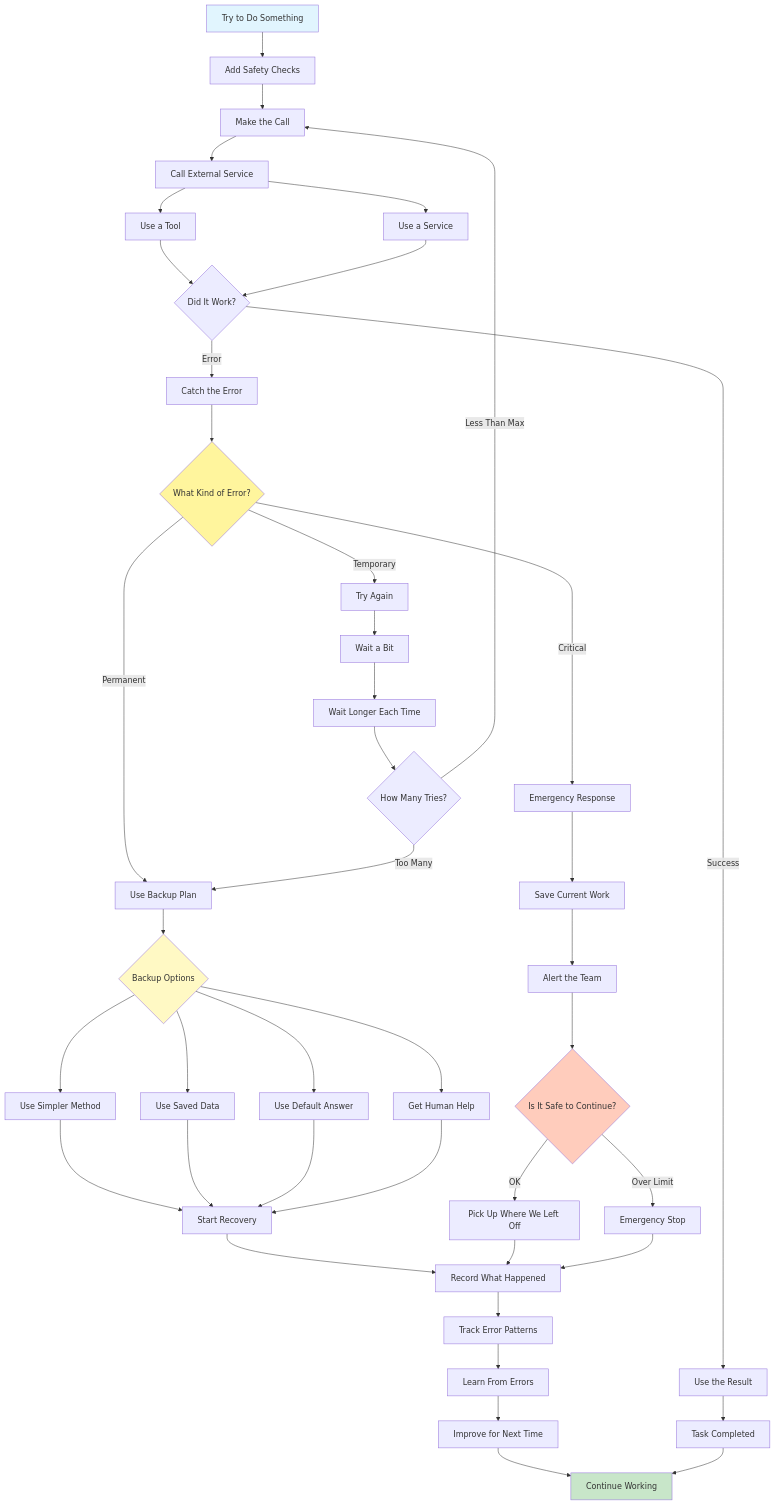
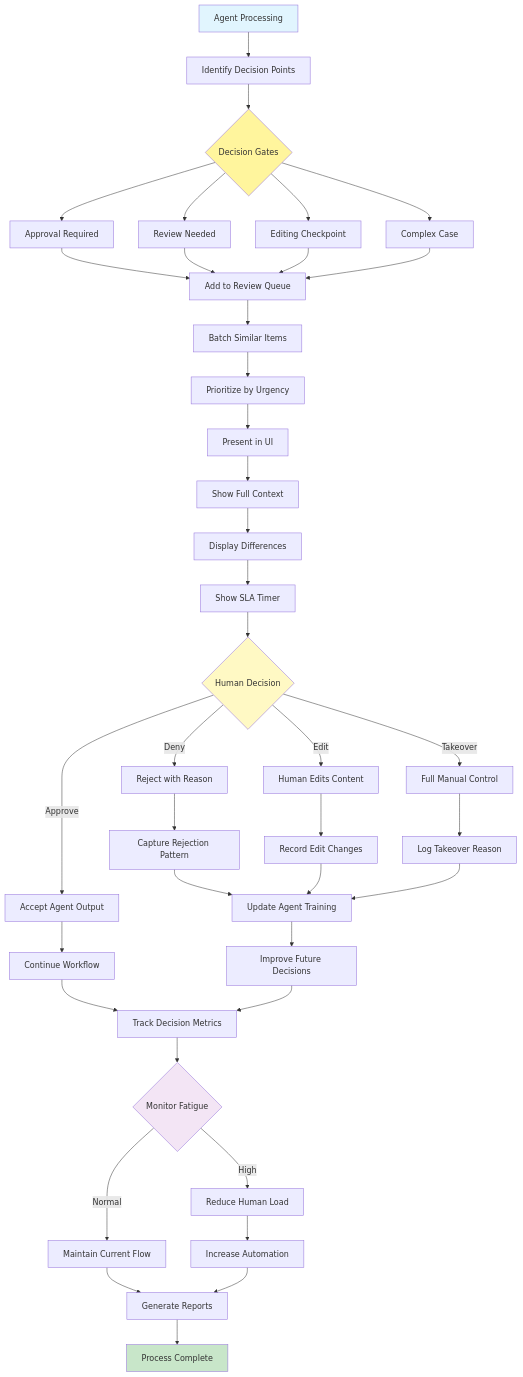
Before and after one commit to Adrian-patrick/agentic-ai-design-patterns: the diagram in diagram.mmd, drawn with Mermaid. The commit also changed 11 other files, not shown here.

```diff
--- a/diagram.mmd
+++ b/diagram.mmd
@@ -1,64 +1,60 @@
 graph TD
-    Start[Try to Do Something] --> Wrap[Add Safety Checks]
+    Start[Agent Processing] --> Identify[Identify Decision Points]
     
-    Wrap --> Call[Make the Call]
-    Call --> External[Call External Service]
-    External --> Tool[Use a Tool]
-    External --> Service[Use a Service]
+    Identify --> Gates{Decision Gates}
     
-    Tool --> Result{Did It Work?}
-    Service --> Result
+    Gates --> Approve[Approval Required]
+    Gates --> Review[Review Needed]
+    Gates --> Edit[Editing Checkpoint]
+    Gates --> Complex[Complex Case]
     
-    Result -->|Success| Process[Use the Result]
-    Result -->|Error| Catch[Catch the Error]
+    Approve --> Queue[Add to Review Queue]
+    Review --> Queue
+    Edit --> Queue
+    Complex --> Queue
     
-    Catch --> WhatKind{What Kind of Error?}
+    Queue --> Batch[Batch Similar Items]
+    Batch --> Priority[Prioritize by Urgency]
     
-    WhatKind -->|Temporary| Retry[Try Again]
-    WhatKind -->|Permanent| Backup[Use Backup Plan]
-    WhatKind -->|Critical| Emergency[Emergency Response]
+    Priority --> UI[Present in UI]
+    UI --> Context[Show Full Context]
+    Context --> Diff[Display Differences]
+    Diff --> SLA[Show SLA Timer]
     
-    Retry --> Wait[Wait a Bit]
-    Wait --> AddTime[Wait Longer Each Time]
-    AddTime --> Count{How Many Tries?}
+    SLA --> Human{Human Decision}
     
-    Count -->|Less Than Max| Call
-    Count -->|Too Many| Backup
+    Human -->|Approve| Accept[Accept Agent Output]
+    Human -->|Deny| Reject[Reject with Reason]
+    Human -->|Edit| Modify[Human Edits Content]
+    Human -->|Takeover| Manual[Full Manual Control]
     
-    Backup --> Options{Backup Options}
+    Accept --> Continue[Continue Workflow]
+    Reject --> Learn1[Capture Rejection Pattern]
+    Modify --> Learn2[Record Edit Changes]
+    Manual --> Learn3[Log Takeover Reason]
     
-    Options --> Simple[Use Simpler Method]
-    Options --> Saved[Use Saved Data]
-    Options --> Default[Use Default Answer]
-    Options --> Human[Get Human Help]
+    Learn1 --> Update[Update Agent Training]
+    Learn2 --> Update
+    Learn3 --> Update
     
-    Simple --> Recover[Start Recovery]
-    Saved --> Recover
-    Default --> Recover
-    Human --> Recover
+    Update --> Improve[Improve Future Decisions]
     
-    Emergency --> SaveWork[Save Current Work]
-    SaveWork --> Alert[Alert the Team]
+    Continue --> Track[Track Decision Metrics]
+    Improve --> Track
     
-    Alert --> Safety{Is It Safe to Continue?}
+    Track --> Fatigue{Monitor Fatigue}
     
-    Safety -->|Over Limit| Stop[Emergency Stop]
-    Safety -->|OK| Resume[Pick Up Where We Left Off]
+    Fatigue -->|High| Reduce[Reduce Human Load]
+    Fatigue -->|Normal| Maintain[Maintain Current Flow]
     
-    Recover --> Record[Record What Happened]
-    Resume --> Record
-    Stop --> Record
+    Reduce --> Automate[Increase Automation]
+    Maintain --> Report[Generate Reports]
+    Automate --> Report
     
-    Record --> Track[Track Error Patterns]
-    Track --> Learn[Learn From Errors]
-    
-    Learn --> Improve[Improve for Next Time]
-    Process --> Success[Task Completed]
-    Improve --> End[Continue Working]
-    Success --> End
+    Report --> End[Process Complete]
 
     style Start fill:#e1f5fe
-    style WhatKind fill:#fff59d
-    style Options fill:#fff9c4
-    style Safety fill:#ffccbc
+    style Gates fill:#fff59d
+    style Human fill:#fff9c4
+    style Fatigue fill:#f3e5f5
     style End fill:#c8e6c9
```
